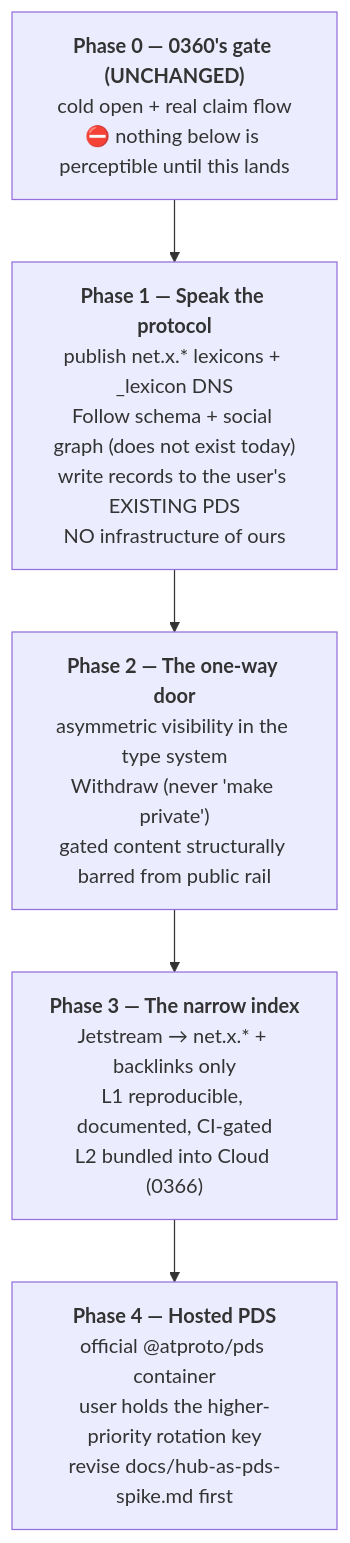
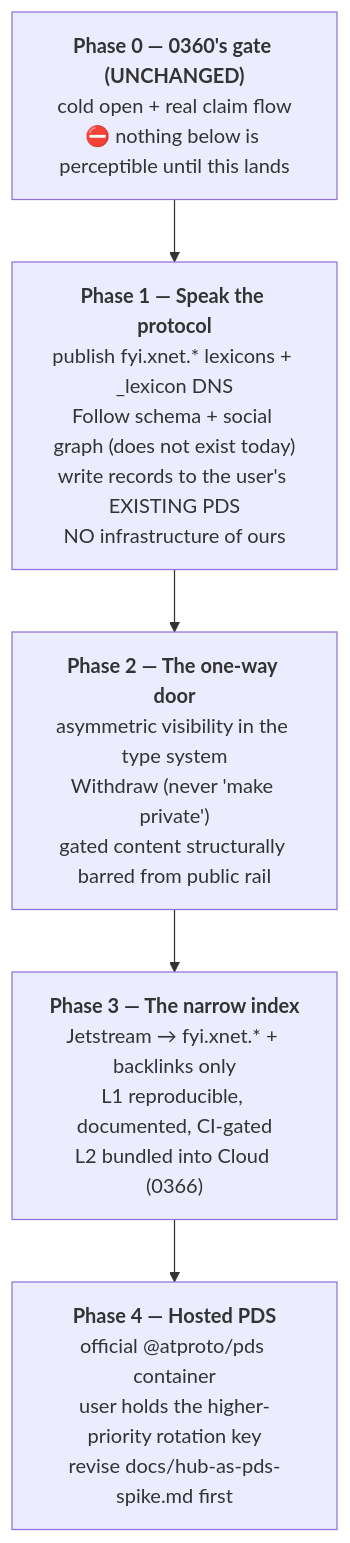
One commit to crs48/xNet changed the fourth of 4 diagrams in docs/explorations/0365_[_]_XNET_CLOUD_AS_A_SOCIAL_SUBSTRATE_PDS_APPVIEW_AND_THE_ONE_WAY_DOOR.md. Above: the diagram before and after it, drawn with Mermaid. The commit also changed other lines of this file and 5 other files, not shown here.

````diff
--- a/docs/explorations/0365_[_]_XNET_CLOUD_AS_A_SOCIAL_SUBSTRATE_PDS_APPVIEW_AND_THE_ONE_WAY_DOOR.md
+++ b/docs/explorations/0365_[_]_XNET_CLOUD_AS_A_SOCIAL_SUBSTRATE_PDS_APPVIEW_AND_THE_ONE_WAY_DOOR.md
@@ -623,9 +629,9 @@
 ```mermaid
 flowchart TB
   P0["<b>Phase 0 — 0360's gate (UNCHANGED)</b><br/>cold open + real claim flow<br/>⛔ nothing below is perceptible until this lands"]
-  P1["<b>Phase 1 — Speak the protocol</b><br/>publish net.x.* lexicons + _lexicon DNS<br/>Follow schema + social graph (does not exist today)<br/>write records to the user's EXISTING PDS<br/>NO infrastructure of ours"]
+  P1["<b>Phase 1 — Speak the protocol</b><br/>publish fyi.xnet.* lexicons + _lexicon DNS<br/>Follow schema + social graph (does not exist today)<br/>write records to the user's EXISTING PDS<br/>NO infrastructure of ours"]
   P2["<b>Phase 2 — The one-way door</b><br/>asymmetric visibility in the type system<br/>Withdraw (never 'make private')<br/>gated content structurally barred from public rail"]
-  P3["<b>Phase 3 — The narrow index</b><br/>Jetstream → net.x.* + backlinks only<br/>L1 reproducible, documented, CI-gated<br/>L2 bundled into Cloud (0366)"]
+  P3["<b>Phase 3 — The narrow index</b><br/>Jetstream → fyi.xnet.* + backlinks only<br/>L1 reproducible, documented, CI-gated<br/>L2 bundled into Cloud (0366)"]
   P4["<b>Phase 4 — Hosted PDS</b><br/>official @atproto/pds container<br/>user holds the higher-priority rotation key<br/>revise docs/hub-as-pds-spike.md first"]
   P0 --> P1 --> P2 --> P3 --> P4
 ```
````
